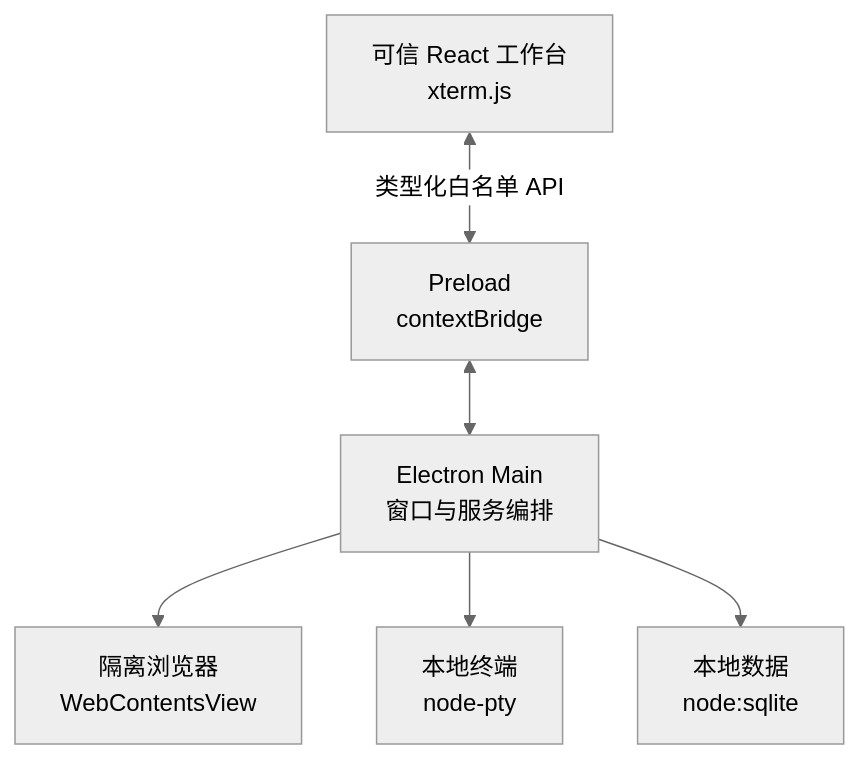
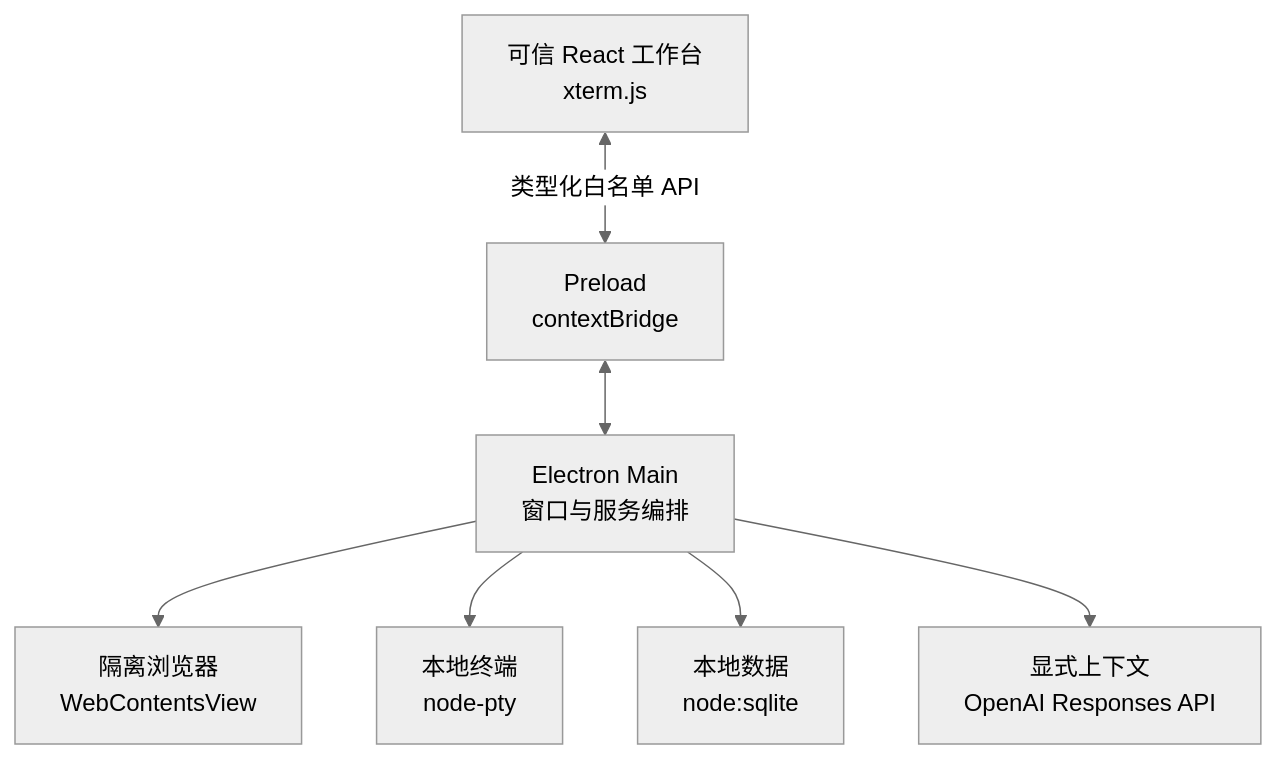
The diagram in README.md (Oracle0703/code), drawn with Mermaid (neutral theme) before and after one commit. The commit also changed other lines of this file and 44 other files, not shown here.

````diff
--- a/README.md
+++ b/README.md
@@ -123,8 +137,9 @@
 ```mermaid
 flowchart TB
     UI["可信 React 工作台<br/>xterm.js"] <-->|"类型化白名单 API"| Preload["Preload<br/>contextBridge"]
     Preload <--> Main["Electron Main<br/>窗口与服务编排"]
     Main --> Browser["隔离浏览器<br/>WebContentsView"]
     Main --> PTY["本地终端<br/>node-pty"]
     Main --> DB["本地数据<br/>node:sqlite"]
+    Main --> AI["显式上下文<br/>OpenAI Responses API"]
 ```
````
